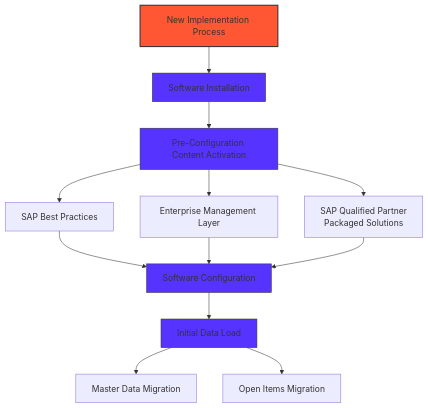
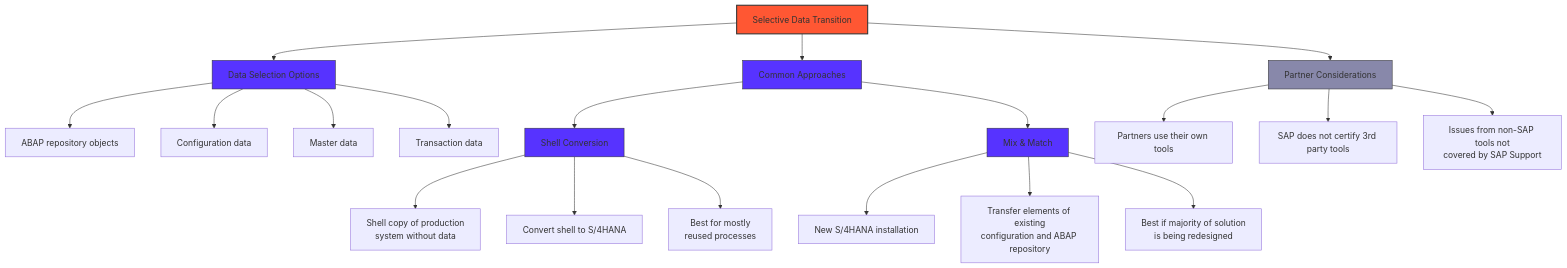
The diagram in sdt.md (sapflashcards/S4CPE), drawn with Mermaid before and after one commit.

````diff
--- a/sdt.md
+++ b/sdt.md
@@ -1,20 +1,32 @@
 ```mermaid
 graph TD
-    A[New Implementation Process] --> B[Software Installation]
-    B --> C[Pre-Configuration Content Activation]
-    C --> C1[SAP Best Practices]
-    C --> C2[Enterprise Management Layer]
-    C --> C3[SAP Qualified Partner\nPackaged Solutions]
-    C1 --> D[Software Configuration]
-    C2 --> D
-    C3 --> D
-    D --> E[Initial Data Load]
-    E --> E1[Master Data Migration]
-    E --> E2[Open Items Migration]
+    A[Selective Data Transition] --> B[Data Selection Options]
+    B --> B1[ABAP repository objects]
+    B --> B2[Configuration data]
+    B --> B3[Master data]
+    B --> B4[Transaction data]
+    
+    A --> C[Common Approaches]
+    C --> D[Shell Conversion]
+    C --> E[Mix & Match]
+    
+    D --> D1[Shell copy of production\nsystem without data]
+    D --> D2[Convert shell to S/4HANA]
+    D --> D3[Best for mostly\nreused processes]
+    
+    E --> E1[New S/4HANA installation]
+    E --> E2[Transfer elements of existing\nconfiguration and ABAP repository]
+    E --> E3[Best if majority of solution\nis being redesigned]
+    
+    A --> F[Partner Considerations]
+    F --> F1[Partners use their own tools]
+    F --> F2[SAP does not certify 3rd party tools]
+    F --> F3[Issues from non-SAP tools not\ncovered by SAP Support]
     
     style A fill:#FF5733,stroke:#333,stroke-width:2px
     style B fill:#5733FF,stroke:#333
     style C fill:#5733FF,stroke:#333
     style D fill:#5733FF,stroke:#333
     style E fill:#5733FF,stroke:#333
+    style F fill:#8888aa,stroke:#333
 ```
````
